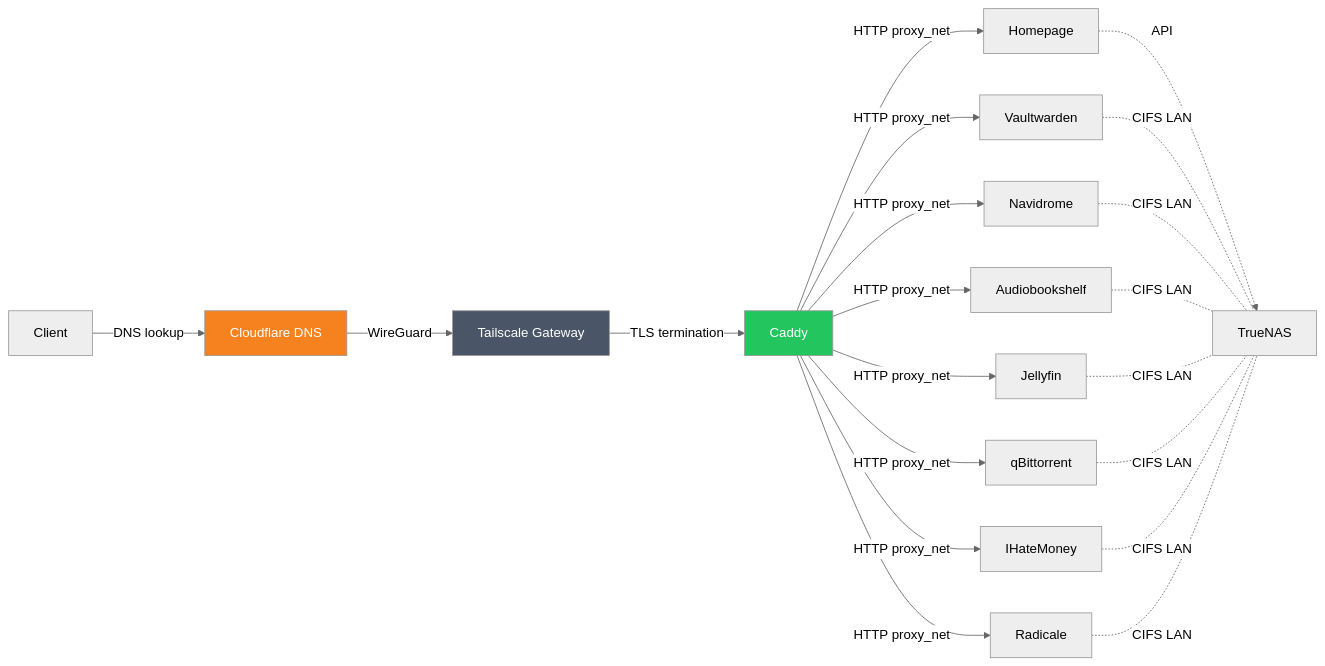
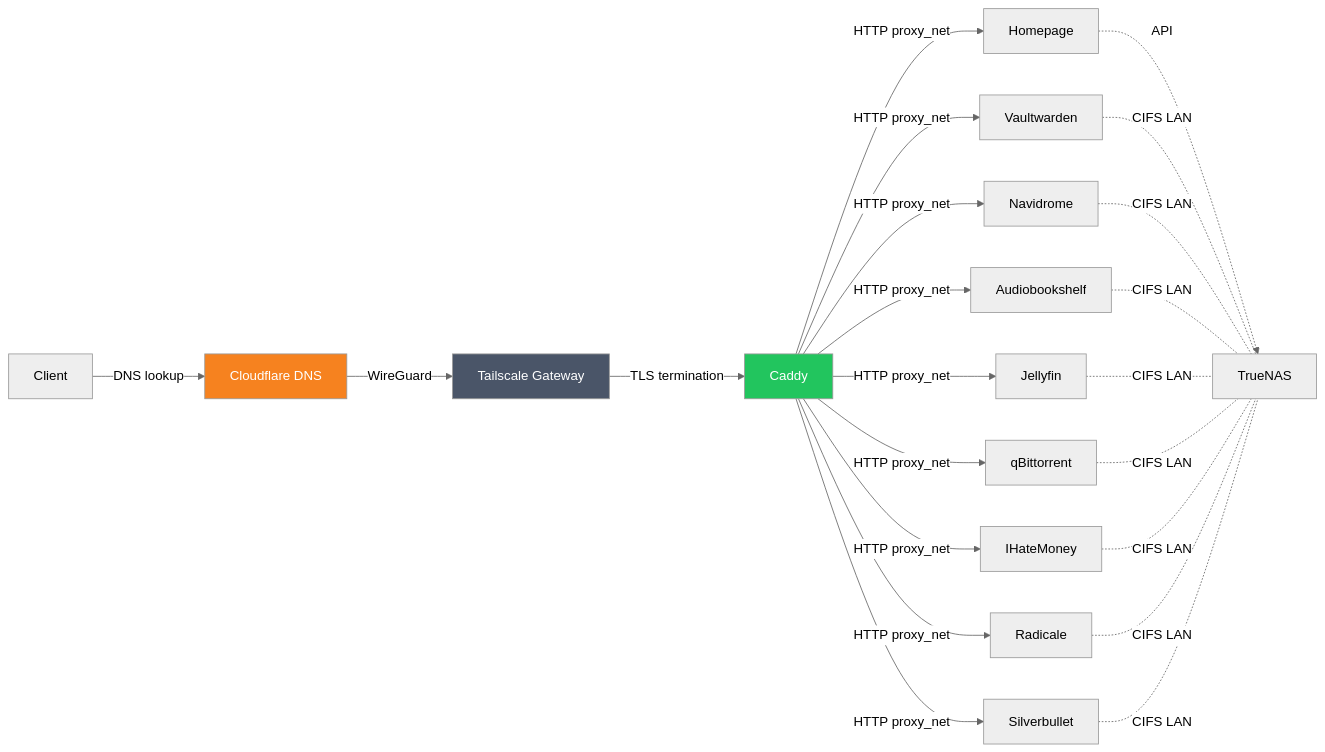
One commit to masolnada/homelab changed the second of 2 diagrams in README.md. Above: the diagram before and after it, drawn with Mermaid (neutral theme). The commit also changed other lines of this file and 5 other files, not shown here.

````diff
--- a/README.md
+++ b/README.md
@@ -73,26 +76,28 @@
 ```mermaid
 graph LR
     Client -->|DNS lookup| CF[Cloudflare DNS]
     CF -->|WireGuard| TS[Tailscale Gateway]
     TS -->|TLS termination| Caddy
     Caddy -->|HTTP proxy_net| Homepage
     Caddy -->|HTTP proxy_net| Vaultwarden
     Caddy -->|HTTP proxy_net| Navidrome
     Caddy -->|HTTP proxy_net| Audiobookshelf
     Caddy -->|HTTP proxy_net| IHateMoney
     Caddy -->|HTTP proxy_net| Jellyfin
     Caddy -->|HTTP proxy_net| qBittorrent
     Caddy -->|HTTP proxy_net| Radicale
+    Caddy -->|HTTP proxy_net| Silverbullet
     Homepage -.->|API| NAS[TrueNAS]
     Vaultwarden -.-|CIFS LAN| NAS
     Navidrome -.-|CIFS LAN| NAS
     Audiobookshelf -.-|CIFS LAN| NAS
     Jellyfin -.-|CIFS LAN| NAS
     qBittorrent -.-|CIFS LAN| NAS
     IHateMoney -.-|CIFS LAN| NAS
     Radicale -.-|CIFS LAN| NAS
+    Silverbullet -.-|CIFS LAN| NAS
 
     style CF fill:#f6821f,color:#fff
     style TS fill:#4a5568,color:#fff
     style Caddy fill:#22c55e,color:#fff
 ```
````
